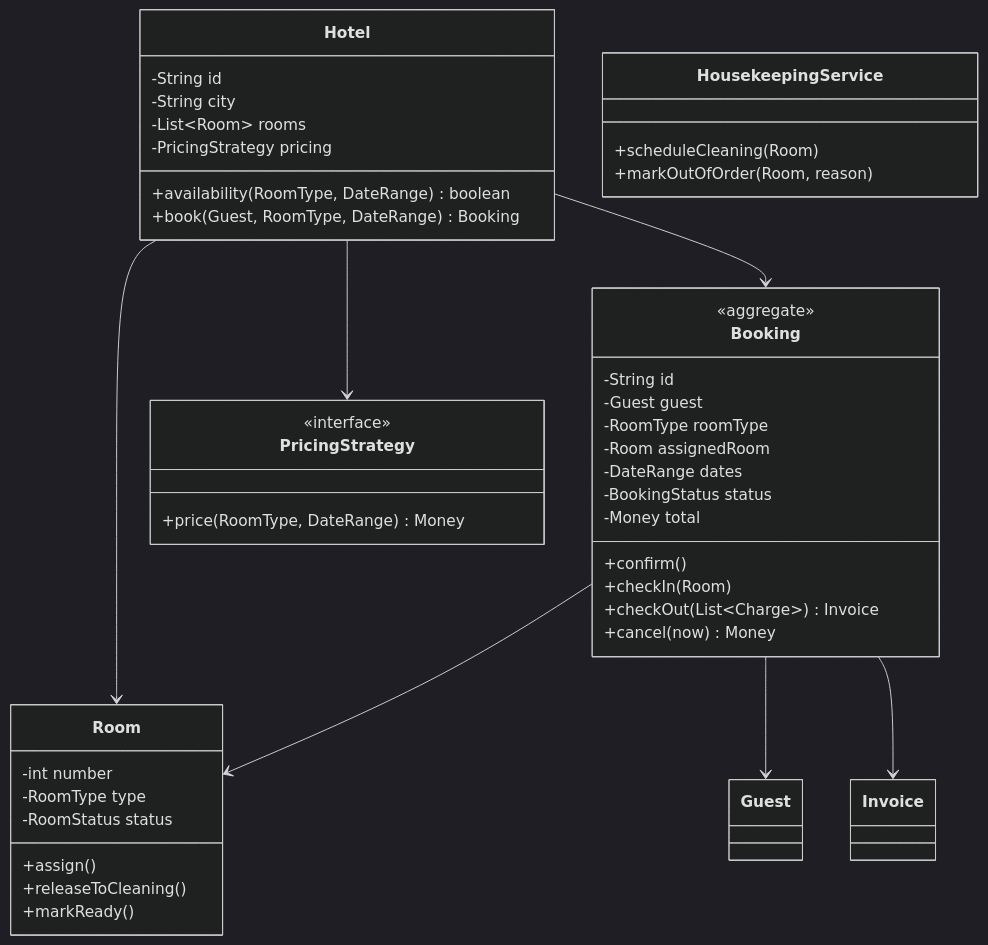
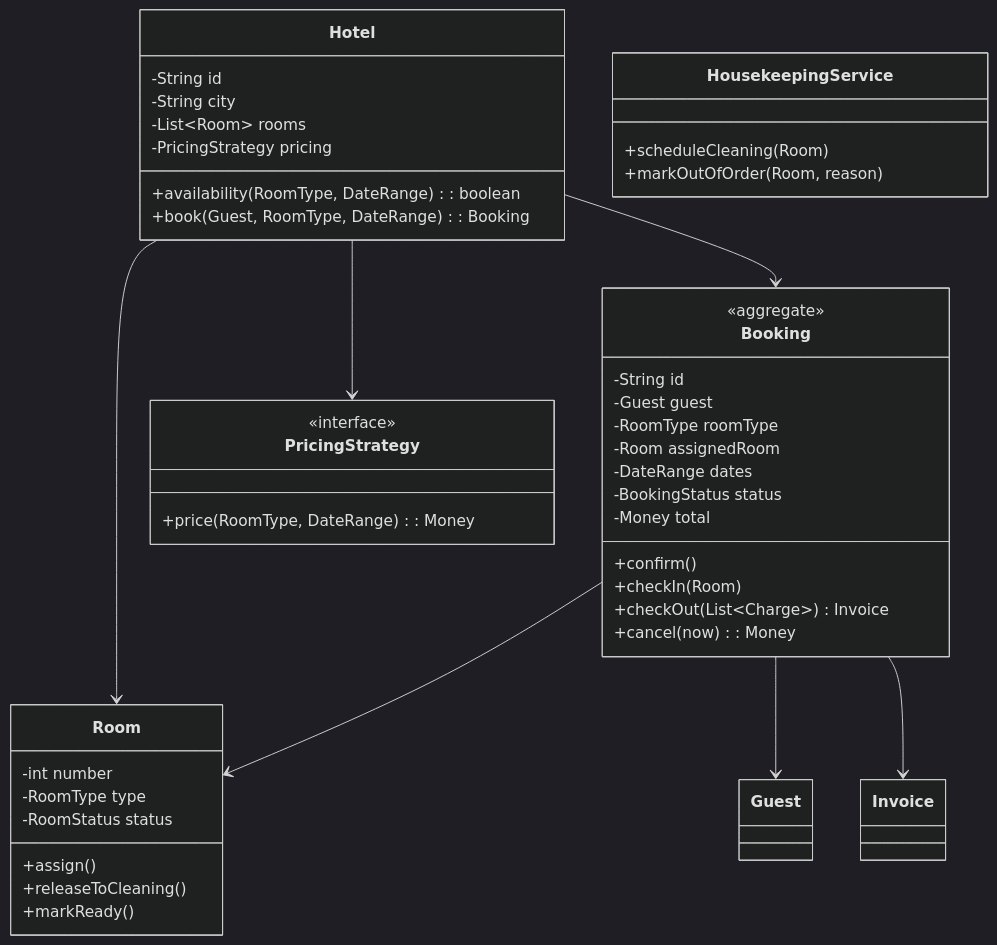
One commit to iamitgupta/system-design-LLD-basic changed diagram 25 of 59 in Readme.md. Above: the diagram before and after it, drawn with Mermaid (dark theme). The commit also changed other lines of this file, not shown here.

````diff
--- a/Readme.md
+++ b/Readme.md
@@ -2661,47 +3442,47 @@
 ```mermaid
 classDiagram
  class Hotel {
  -String id
  -String city
  -List~Room~ rooms
  -PricingStrategy pricing
- +availability(RoomType, DateRange) boolean
- +book(Guest, RoomType, DateRange) Booking
+ +availability(RoomType, DateRange): boolean
+ +book(Guest, RoomType, DateRange): Booking
  }
  class Room {
  -int number
  -RoomType type
  -RoomStatus status
  +assign()
  +releaseToCleaning()
  +markReady()
  }
  class Booking {
  <<aggregate>>
  -String id
  -Guest guest
  -RoomType roomType
  -Room assignedRoom
  -DateRange dates
  -BookingStatus status
  -Money total
  +confirm()
  +checkIn(Room)
  +checkOut(List~Charge~) Invoice
- +cancel(now) Money
+ +cancel(now): Money
  }
  class PricingStrategy {
  <<interface>>
- +price(RoomType, DateRange) Money
+ +price(RoomType, DateRange): Money
  }
  class HousekeepingService {
  +scheduleCleaning(Room)
  +markOutOfOrder(Room, reason)
  }
  Hotel --> Room
  Hotel --> PricingStrategy
  Hotel --> Booking
  Booking --> Room
  Booking --> Guest
  Booking --> Invoice
 ```
````
